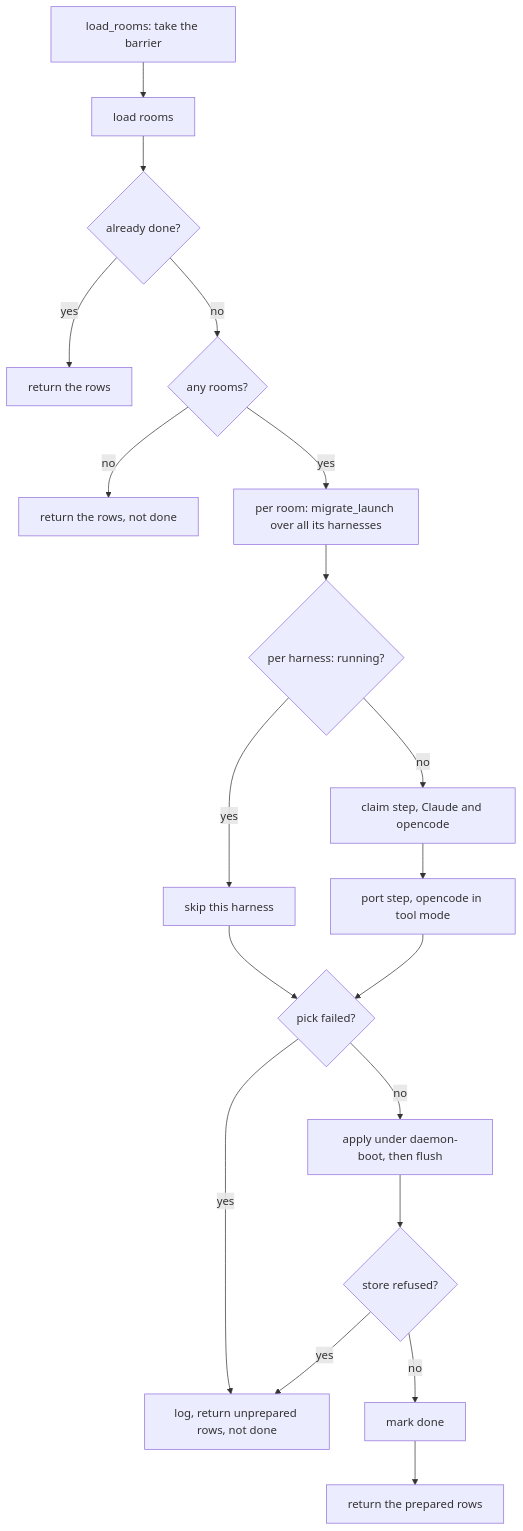
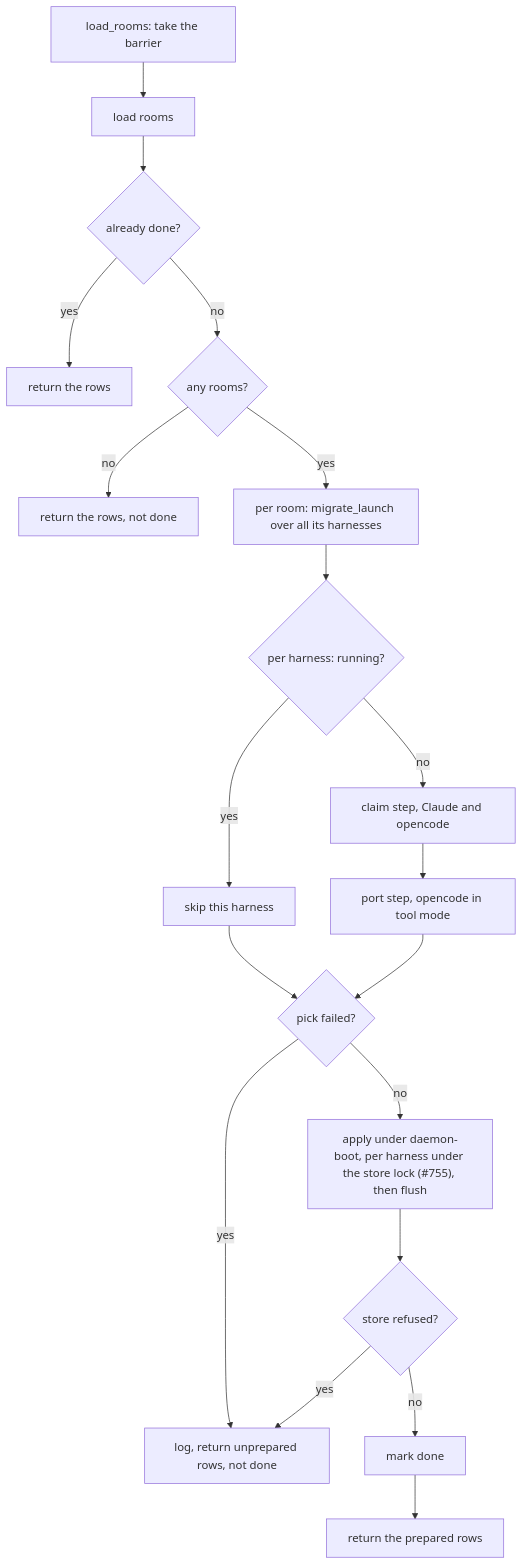
Before and after one commit to timeloop-vault/skein: the eighth of 10 diagrams in docs/skeind-p2-design.md, drawn with Mermaid. The commit also changed other lines of this file and 52 other files, not shown here.

First line of the commit message:
fix(#755): write daemon-owned harness fields field-level under the store lock (#770)

````diff
--- a/docs/skeind-p2-design.md
+++ b/docs/skeind-p2-design.md
@@ -1069,21 +1084,21 @@
 ```mermaid
 flowchart TD
     A["load_rooms: take the barrier"] --> B["load rooms"]
     B --> C{"already done?"}
     C -->|yes| R1["return the rows"]
     C -->|no| D{"any rooms?"}
     D -->|no| R2["return the rows, not done"]
     D -->|yes| E["per room: migrate_launch over all its harnesses"]
     E --> F{"per harness: running?"}
     F -->|yes| G["skip this harness"]
     F -->|no| H["claim step, Claude and opencode"]
     H --> I["port step, opencode in tool mode"]
     G --> J{"pick failed?"}
     I --> J
     J -->|yes| K["log, return unprepared rows, not done"]
-    J -->|no| L["apply under daemon-boot, then flush"]
+    J -->|no| L["apply under daemon-boot, per harness under the store lock (#755), then flush"]
     L --> M{"store refused?"}
     M -->|yes| K
     M -->|no| N["mark done"]
     N --> O["return the prepared rows"]
 ```
````
